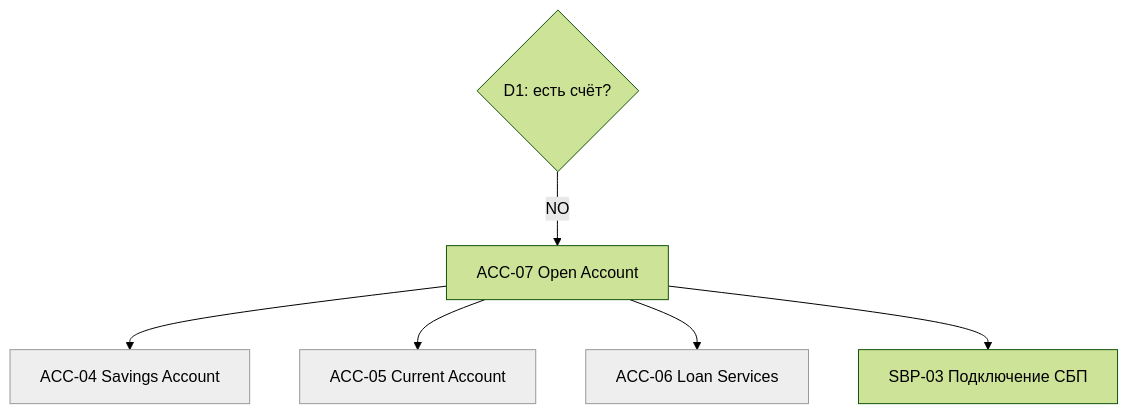
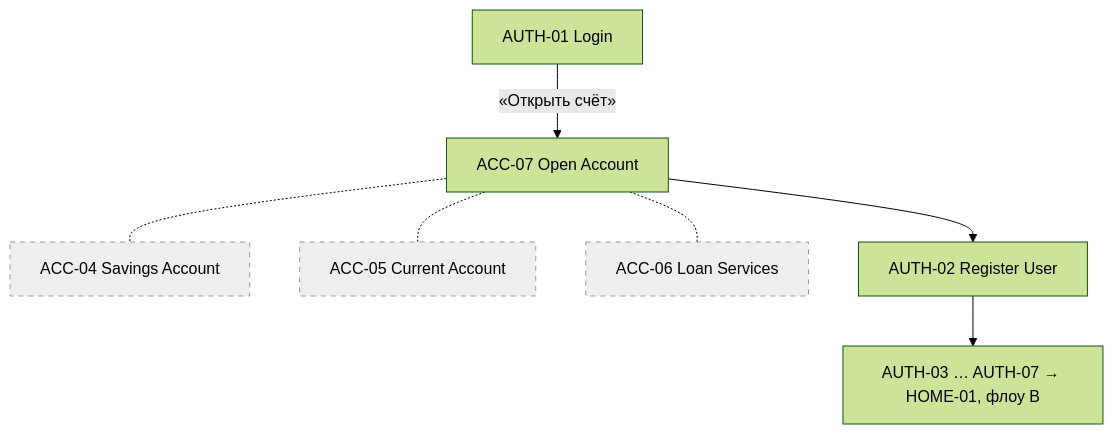
The sixth of 7 diagrams in docs/ui/USER_FLOWS.md (Shustrjak/claude_repo), drawn with Mermaid (forest theme) before and after one commit. The commit also changed other lines of this file and 6 other files, not shown here.

First line of the commit message:
Apply decisions D-07..D-15 to UI spec and roadmap

````diff
--- a/docs/ui/USER_FLOWS.md
+++ b/docs/ui/USER_FLOWS.md
@@ -152,10 +170,11 @@
 ```mermaid
 flowchart TD
-  D1{D1: есть счёт?} -- NO --> ACC07[ACC-07 Open Account]
-  ACC07 --> ACC04[ACC-04 Savings Account]
-  ACC07 --> ACC05[ACC-05 Current Account]
-  ACC07 --> ACC06[ACC-06 Loan Services]
-  ACC07 --> SBP03[SBP-03 Подключение СБП]
-  classDef candidate fill:#eee,stroke:#999
-  class ACC04,ACC05,ACC06 candidate
+  AUTH01[AUTH-01 Login] -- "«Открыть счёт»" --> ACC07[ACC-07 Open Account]
+  ACC07 -.- ACC04[ACC-04 Savings Account]
+  ACC07 -.- ACC05[ACC-05 Current Account]
+  ACC07 -.- ACC06[ACC-06 Loan Services]
+  ACC07 --> AUTH02[AUTH-02 Register User]
+  AUTH02 --> REST[AUTH-03 … AUTH-07 → HOME-01, флоу B]
+  classDef disabled fill:#eee,stroke:#999,stroke-dasharray: 5 5
+  class ACC04,ACC05,ACC06 disabled
 ```
````
